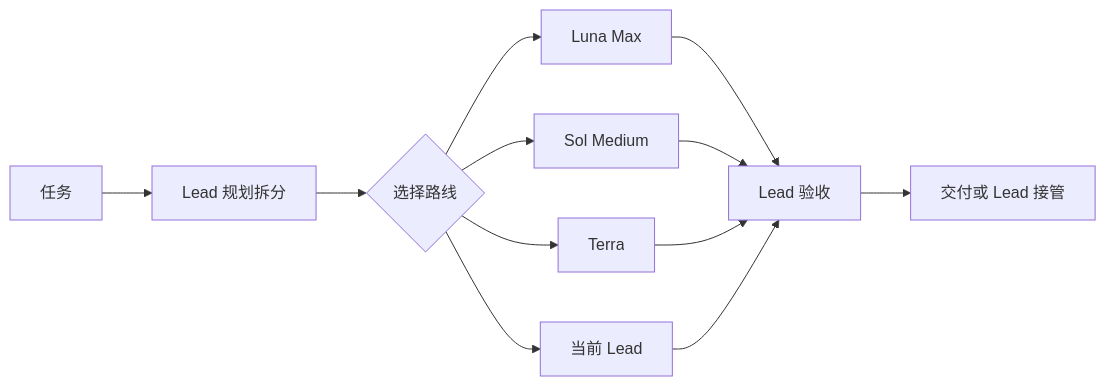
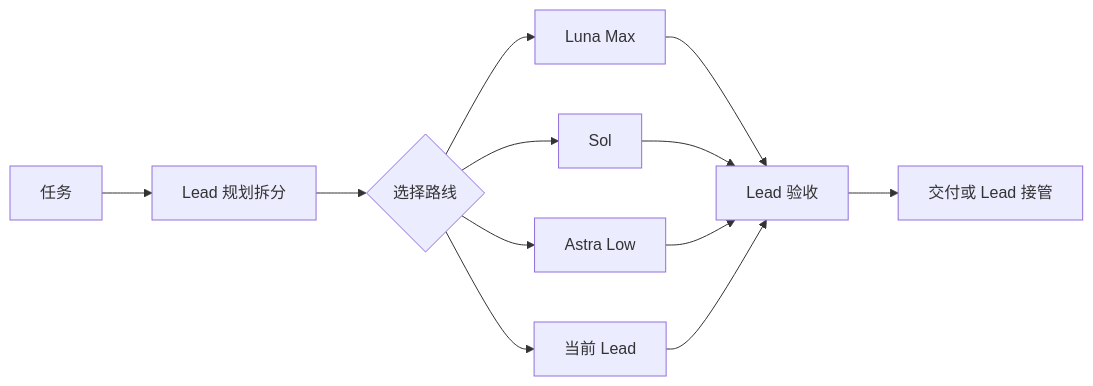
Before and after one commit to 9holy/codex-routing-matrix: the first of 2 diagrams in README.md, drawn with Mermaid. The commit also changed other lines of this file and 33 other files, not shown here.

````diff
--- a/README.md
+++ b/README.md
@@ -23,13 +23,13 @@
 ```mermaid
 graph LR
     A[任务] --> B[Lead 规划拆分] --> C{选择路线}
     C --> D[Luna Max]
-    C --> E[Sol Medium]
-    C --> F[Terra]
-    C --> G[当前 Lead]
-    D --> H[Lead 验收]
-    E --> H
-    F --> H
-    G --> H
-    H --> I[交付或 Lead 接管]
+    C --> E[Sol]
+    C --> F[Astra Low]
+    C --> H[当前 Lead]
+    D --> I[Lead 验收]
+    E --> I
+    F --> I
+    H --> I
+    I --> J[交付或 Lead 接管]
 ```
````
